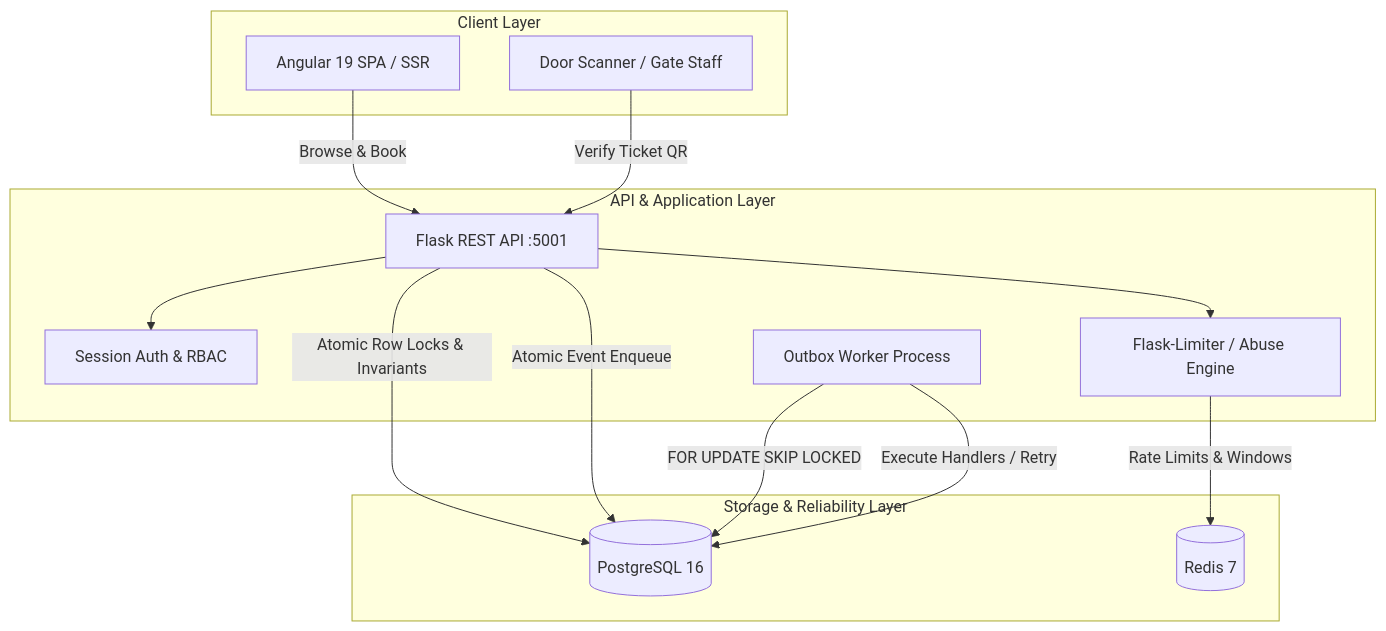
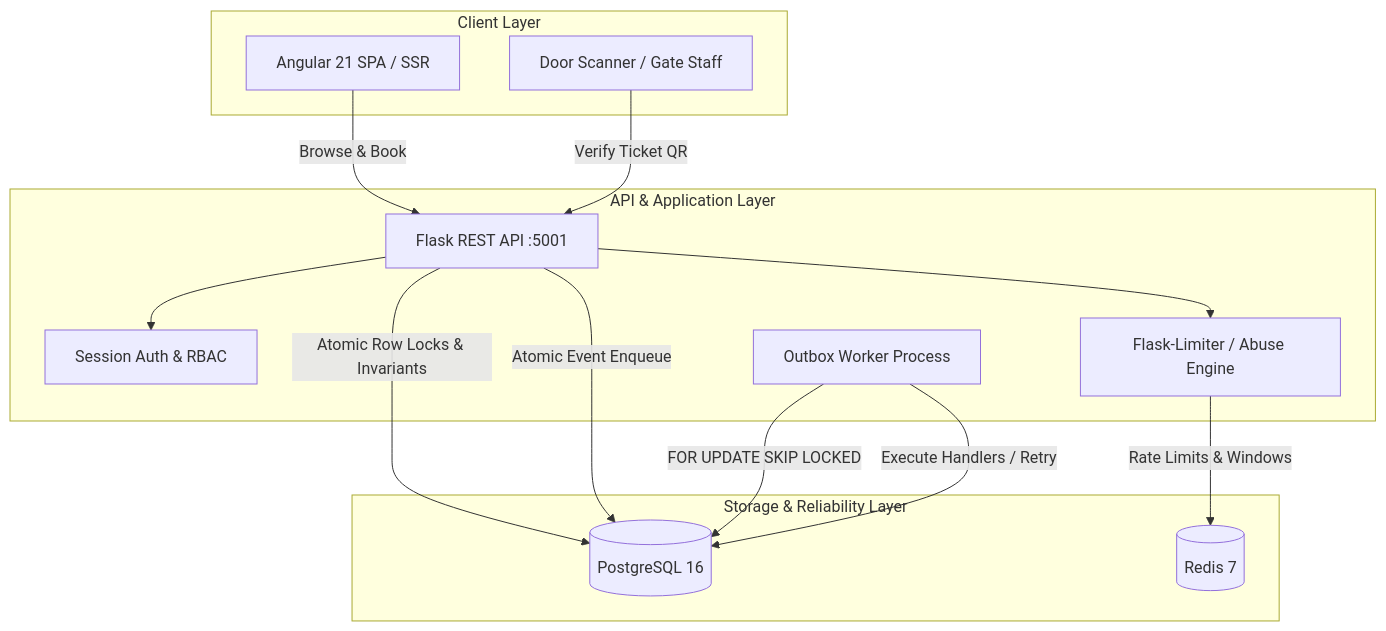
The diagram in README.md (Abhilekh-Talukdar/fraudproof-event-booking), drawn with Mermaid before and after one commit. The commit also changed other lines of this file and 3 other files, not shown here.

````diff
--- a/README.md
+++ b/README.md
@@ -15,29 +15,29 @@
 ```mermaid
 graph TD
     subgraph Client Layer
-        A[Angular 19 SPA / SSR]
+        A[Angular 21 SPA / SSR]
         S[Door Scanner / Gate Staff]
     end
 
     subgraph API & Application Layer
         API[Flask REST API :5001]
         Auth[Session Auth & RBAC]
         Limiter[Flask-Limiter / Abuse Engine]
         Worker[Outbox Worker Process]
     end
 
     subgraph Storage & Reliability Layer
         PG[(PostgreSQL 16)]
         Redis[(Redis 7)]
     end
 
     A -->|Browse & Book| API
     S -->|Verify Ticket QR| API
     API --> Auth
     API --> Limiter
     Limiter -->|Rate Limits & Windows| Redis
     API -->|Atomic Row Locks & Invariants| PG
     API -->|Atomic Event Enqueue| PG
     Worker -->|FOR UPDATE SKIP LOCKED| PG
     Worker -->|Execute Handlers / Retry| PG
 ```
````
